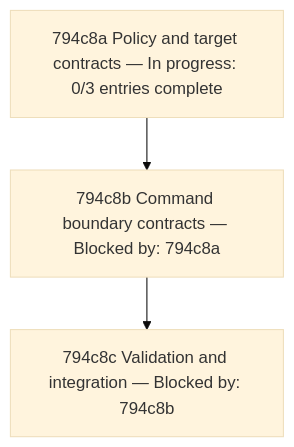
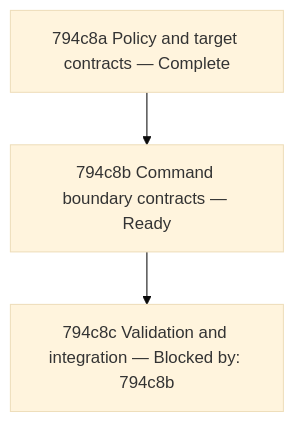
The diagram in docs/changes/794_nilaway-resources/794c_implementation-plan.md (toejough/engram), drawn with Mermaid (base theme) before and after one commit. The commit also changed other lines of this file, not shown here.

First line of the commit message:
docs(794): complete the policy contract work package

````diff
--- a/docs/changes/794_nilaway-resources/794c_implementation-plan.md
+++ b/docs/changes/794_nilaway-resources/794c_implementation-plan.md
@@ -52,8 +52,8 @@
 ```mermaid
 graph TD
-    N794c8a["794c8a Policy and target contracts — In progress: 0/3 entries complete"]
-    N794c8b["794c8b Command boundary contracts — Blocked by: 794c8a"]
+    N794c8a["794c8a Policy and target contracts — Complete"]
+    N794c8b["794c8b Command boundary contracts — Ready"]
     N794c8c["794c8c Validation and integration — Blocked by: 794c8b"]
     N794c8a --> N794c8b
     N794c8b --> N794c8c
 ```
````
